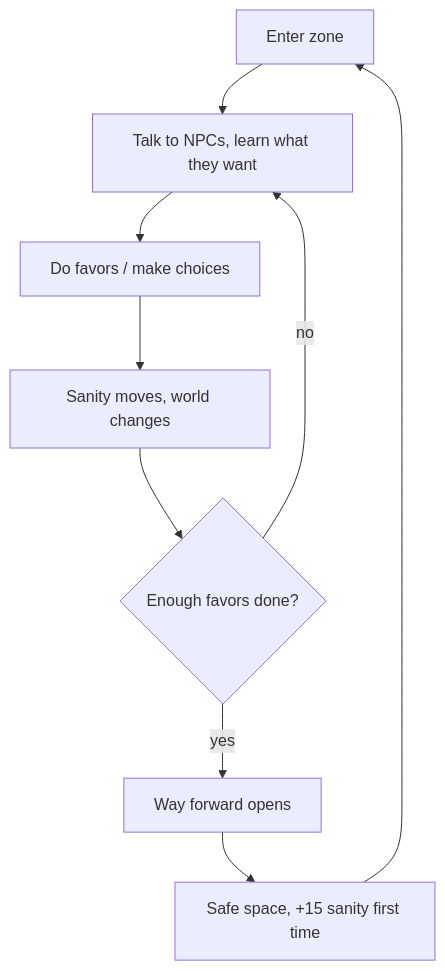
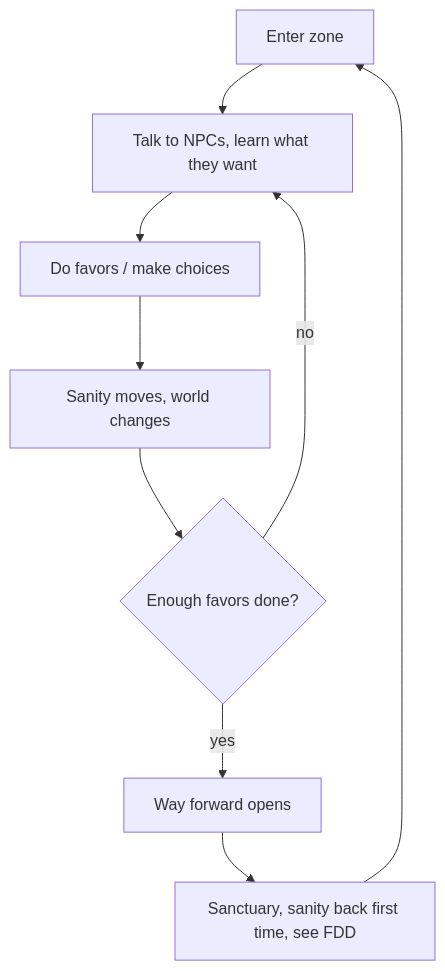
The first of 2 diagrams in content/long term celcit pixie horror game/GDD.md (sintutiers/nexus), drawn with Mermaid before and after one commit. The commit also changed other lines of this file and 2 other files, not shown here.

````diff
--- a/content/long term celcit pixie horror game/GDD.md
+++ b/content/long term celcit pixie horror game/GDD.md
@@ -210,11 +210,11 @@
 ```mermaid
 flowchart TD
 	A[Enter zone] --> B[Talk to NPCs, learn what they want]
 	B --> C[Do favors / make choices]
 	C --> D[Sanity moves, world changes]
 	D --> E{Enough favors done?}
 	E -- no --> B
 	E -- yes --> F[Way forward opens]
-	F --> G[Safe space, +15 sanity first time]
+	F --> G[Sanctuary, sanity back first time, see FDD]
 	G --> A
 ```
````
